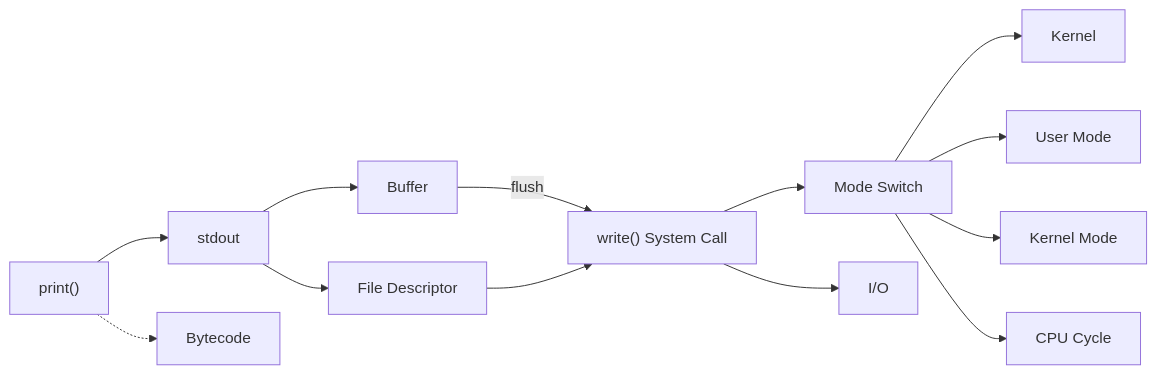
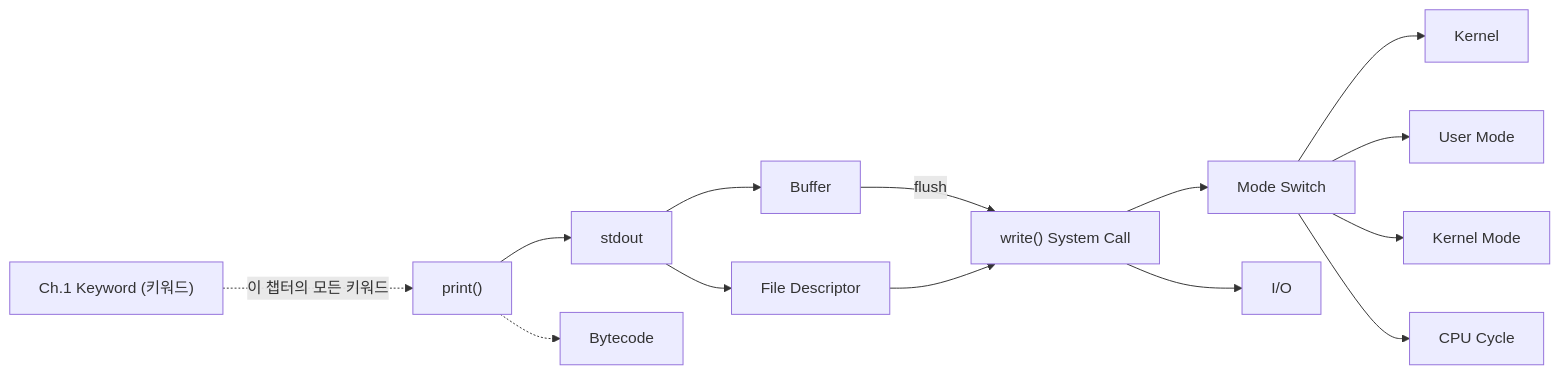
Before and after one commit to teo-jang/csbe: the diagram in chapters/ch02/04-summary.md, drawn with Mermaid. The commit also changed other lines of this file and 9 other files, not shown here.

````diff
--- a/chapters/ch02/04-summary.md
+++ b/chapters/ch02/04-summary.md
@@ -178,15 +243,17 @@
 ```mermaid
 graph LR
     print["print()"] --> stdout
     stdout --> fd["File Descriptor"]
     stdout --> buffer["Buffer"]
     buffer -->|flush| write["write() System Call"]
     fd --> write
     write --> MS["Mode Switch"]
     MS --> kernel["Kernel"]
     MS --> UM["User Mode"]
     MS --> KM["Kernel Mode"]
     MS --> cycle["CPU Cycle"]
     write --> IO["I/O"]
     print -.-> bytecode["Bytecode"]
+
+    ch1["Ch.1 Keyword (키워드)"] -.->|"이 챕터의 모든 키워드"| print
 ```
````
